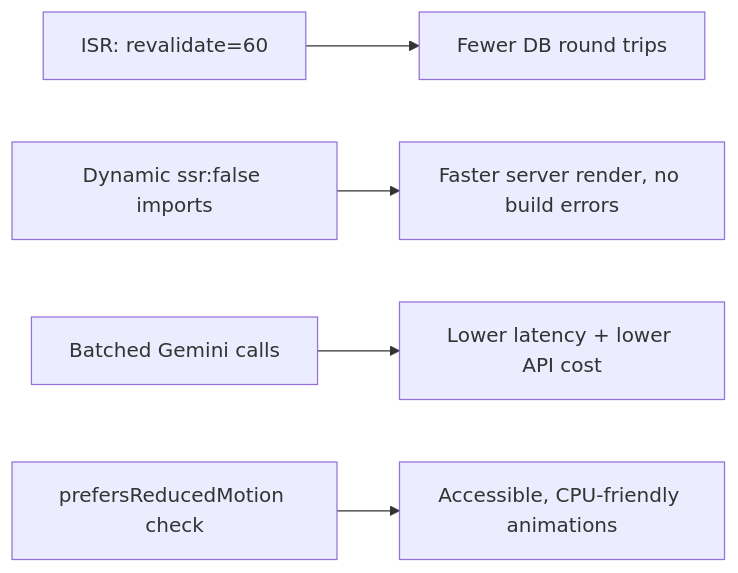
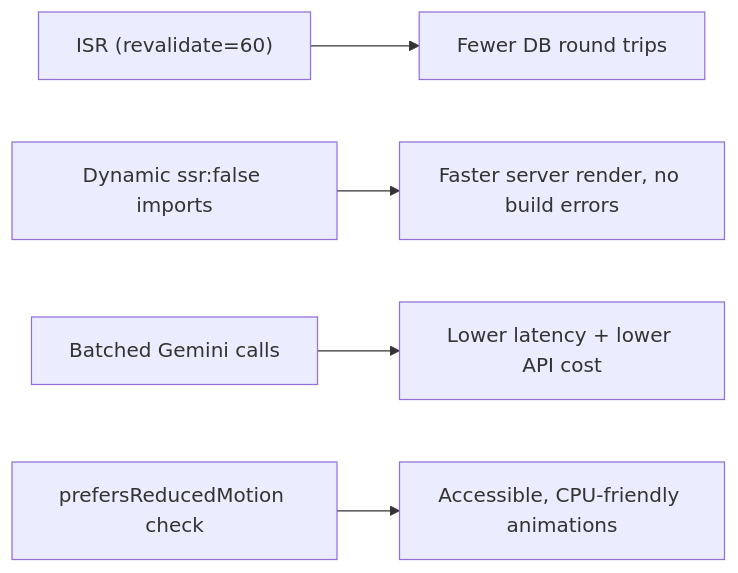
One commit to DevSars24/codeify changed diagram 21 of 22 in README.md. Above: the diagram before and after it, drawn with Mermaid. The commit also changed other lines of this file, not shown here.

````diff
--- a/README.md
+++ b/README.md
@@ -614,7 +614,7 @@
 ```mermaid
 graph LR
-    A[ISR: revalidate=60] --> D[Fewer DB round trips]
-    B[Dynamic ssr:false imports] --> E[Faster server render, no build errors]
-    C[Batched Gemini calls] --> F[Lower latency + lower API cost]
-    G[prefersReducedMotion check] --> H[Accessible, CPU-friendly animations]
+    A["ISR (revalidate=60)"] --> D["Fewer DB round trips"]
+    B["Dynamic ssr:false imports"] --> E["Faster server render, no build errors"]
+    C["Batched Gemini calls"] --> F["Lower latency + lower API cost"]
+    G["prefersReducedMotion check"] --> H["Accessible, CPU-friendly animations"]
 ```
````
